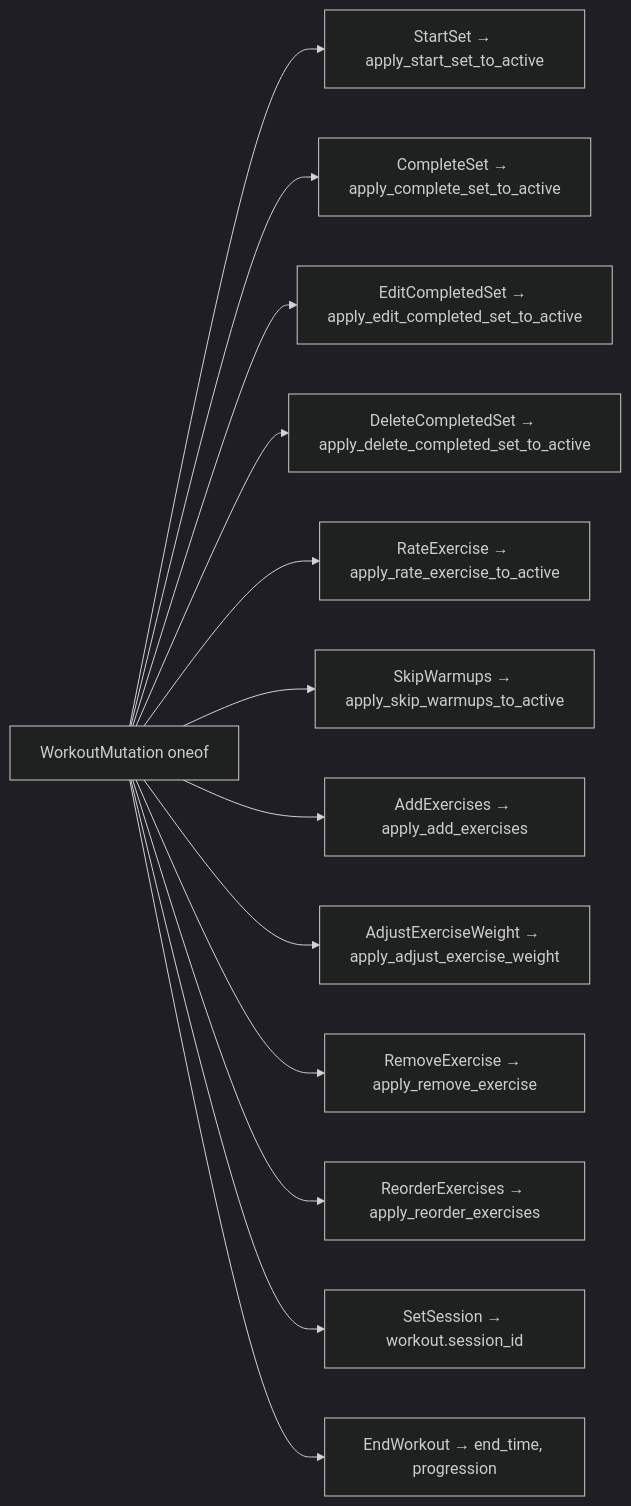
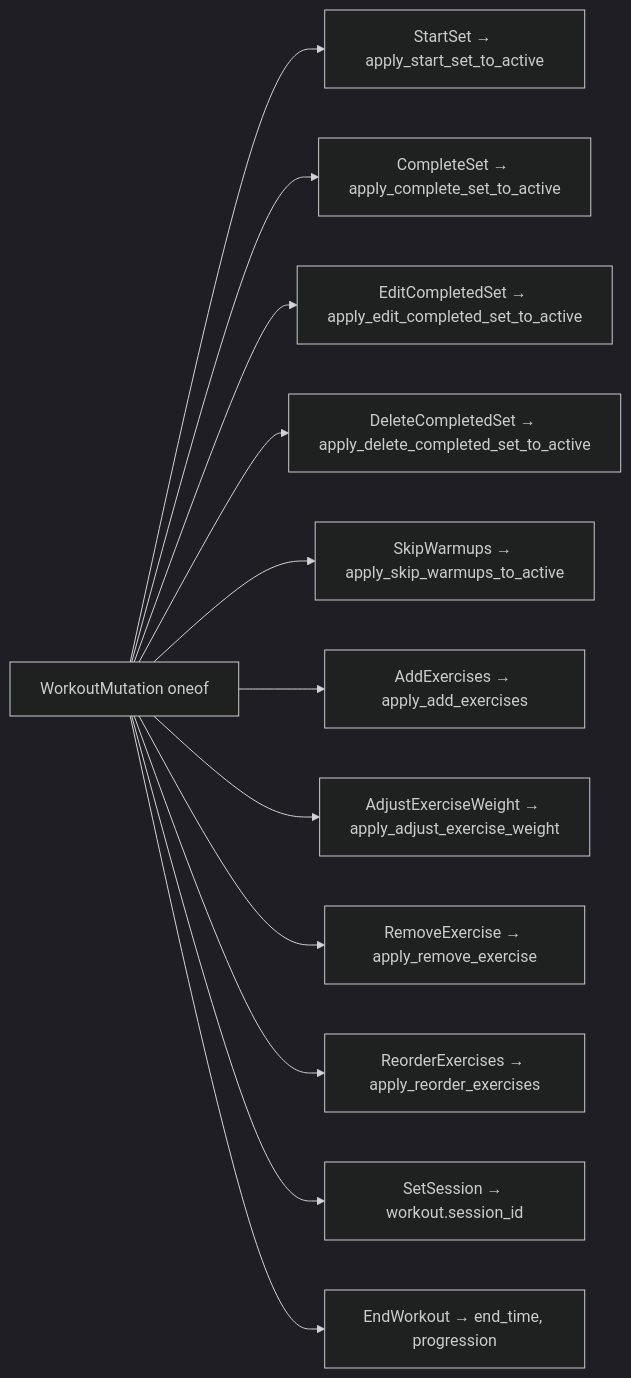
The sixth of 7 diagrams in docs/architecture/workout-lifecycle.md (brensch/lift), drawn with Mermaid (dark theme) before and after one commit. The commit also changed other lines of this file and 53 other files, not shown here.

````diff
--- a/docs/architecture/workout-lifecycle.md
+++ b/docs/architecture/workout-lifecycle.md
@@ -206,15 +213,14 @@
 ```mermaid
 graph LR
     m["WorkoutMutation oneof"] --> t1["StartSet → apply_start_set_to_active"]
     m --> t2["CompleteSet → apply_complete_set_to_active"]
     m --> t3["EditCompletedSet → apply_edit_completed_set_to_active"]
     m --> t4["DeleteCompletedSet → apply_delete_completed_set_to_active"]
-    m --> t5["RateExercise → apply_rate_exercise_to_active"]
     m --> t6["SkipWarmups → apply_skip_warmups_to_active"]
     m --> t7["AddExercises → apply_add_exercises"]
     m --> t8["AdjustExerciseWeight → apply_adjust_exercise_weight"]
     m --> t9["RemoveExercise → apply_remove_exercise"]
     m --> t10["ReorderExercises → apply_reorder_exercises"]
     m --> t11["SetSession → workout.session_id"]
     m --> t12["EndWorkout → end_time, progression"]
 ```
````
